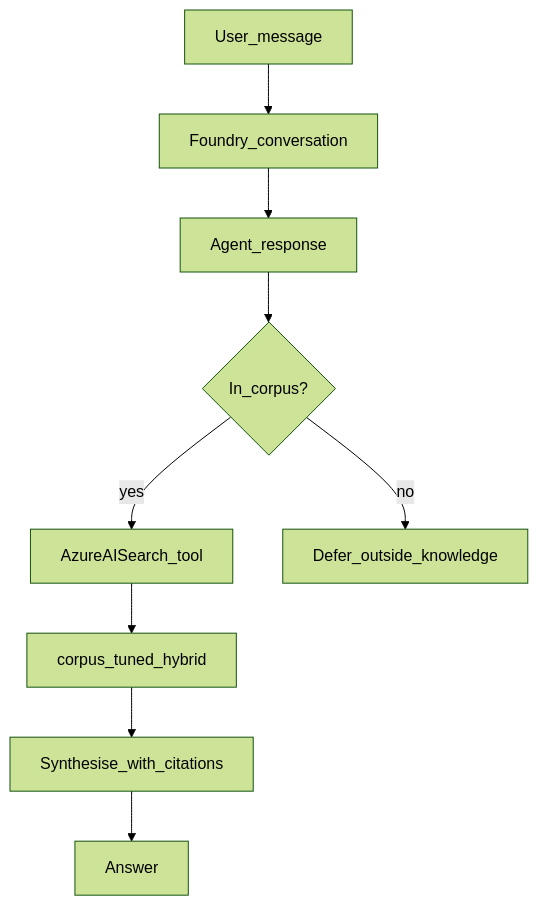
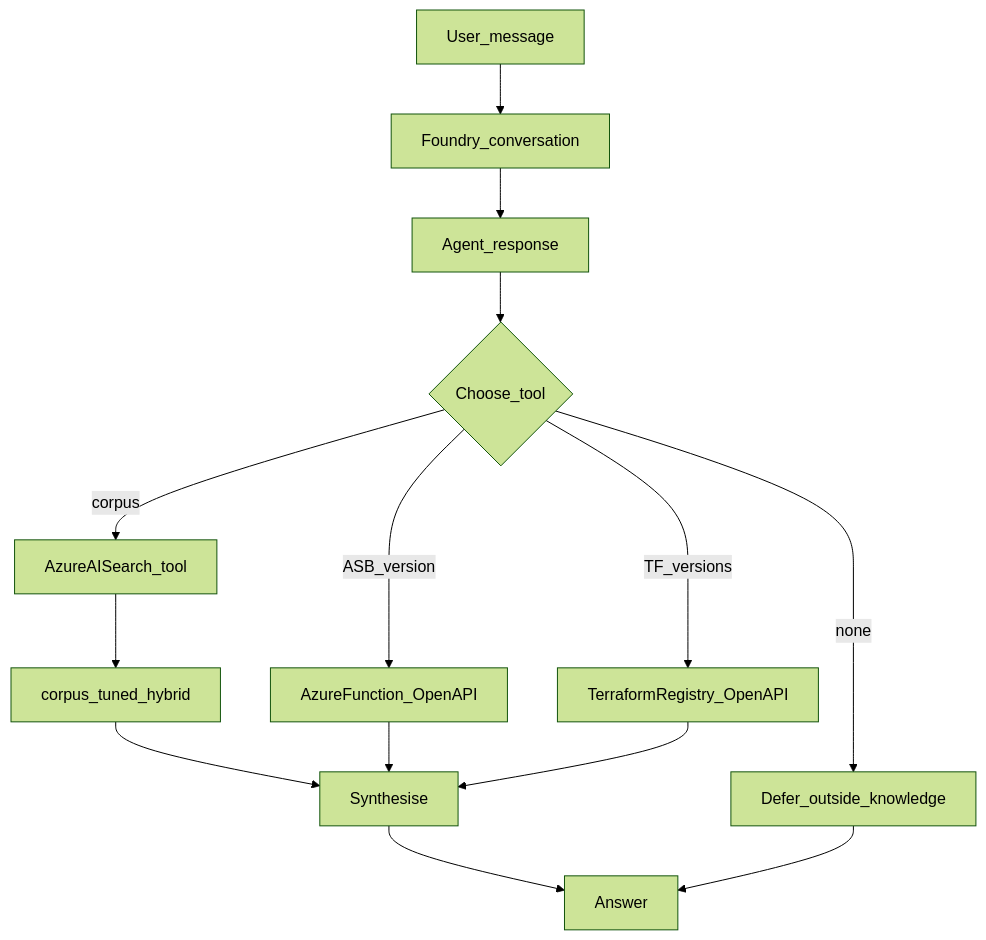
One commit to ecvanlare/cloud-standards-assistant changed the second of 2 diagrams in docs/ARCHITECTURE.md. Above: the diagram before and after it, drawn with Mermaid (forest theme). The commit also changed other lines of this file and 38 other files, not shown here.

First line of the commit message:
Add Search, ASB Function, and Registry Function tools (AZP-3).

````diff
--- a/docs/ARCHITECTURE.md
+++ b/docs/ARCHITECTURE.md
@@ -25,11 +25,16 @@
 ```mermaid
 flowchart TD
   U[User_message] --> T[Foundry_conversation]
   T --> R[Agent_response]
-  R --> D{In_corpus?}
-  D -->|yes| S[AzureAISearch_tool]
+  R --> C{Choose_tool}
+  C -->|corpus| S[AzureAISearch_tool]
+  C -->|ASB_version| F[AzureFunction_OpenAPI]
+  C -->|TF_versions| Reg[TerraformRegistry_OpenAPI]
+  C -->|none| Def[Defer_outside_knowledge]
   S --> I[corpus_tuned_hybrid]
-  I --> Syn[Synthesise_with_citations]
+  I --> Syn[Synthesise]
+  F --> Syn
+  Reg --> Syn
   Syn --> A[Answer]
-  D -->|no| Def[Defer_outside_knowledge]
+  Def --> A
 ```
````
